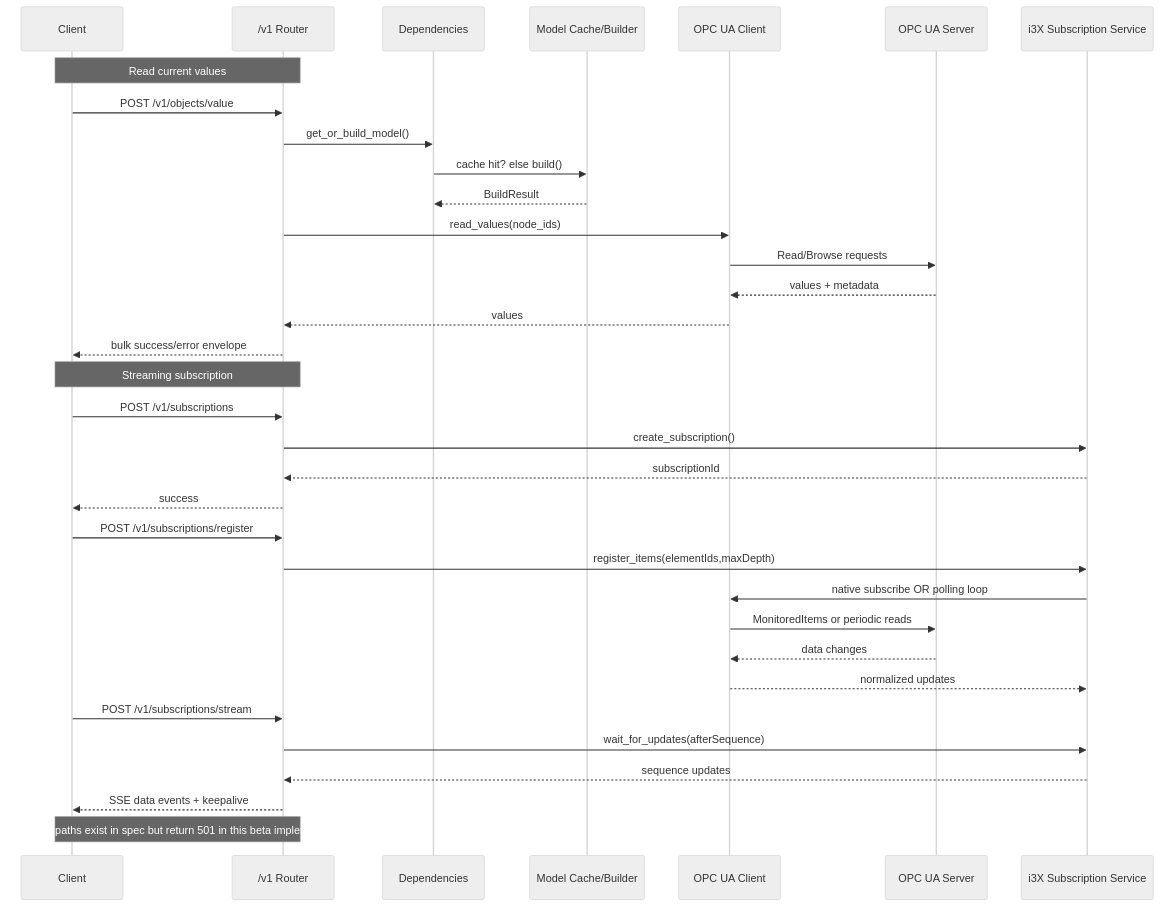
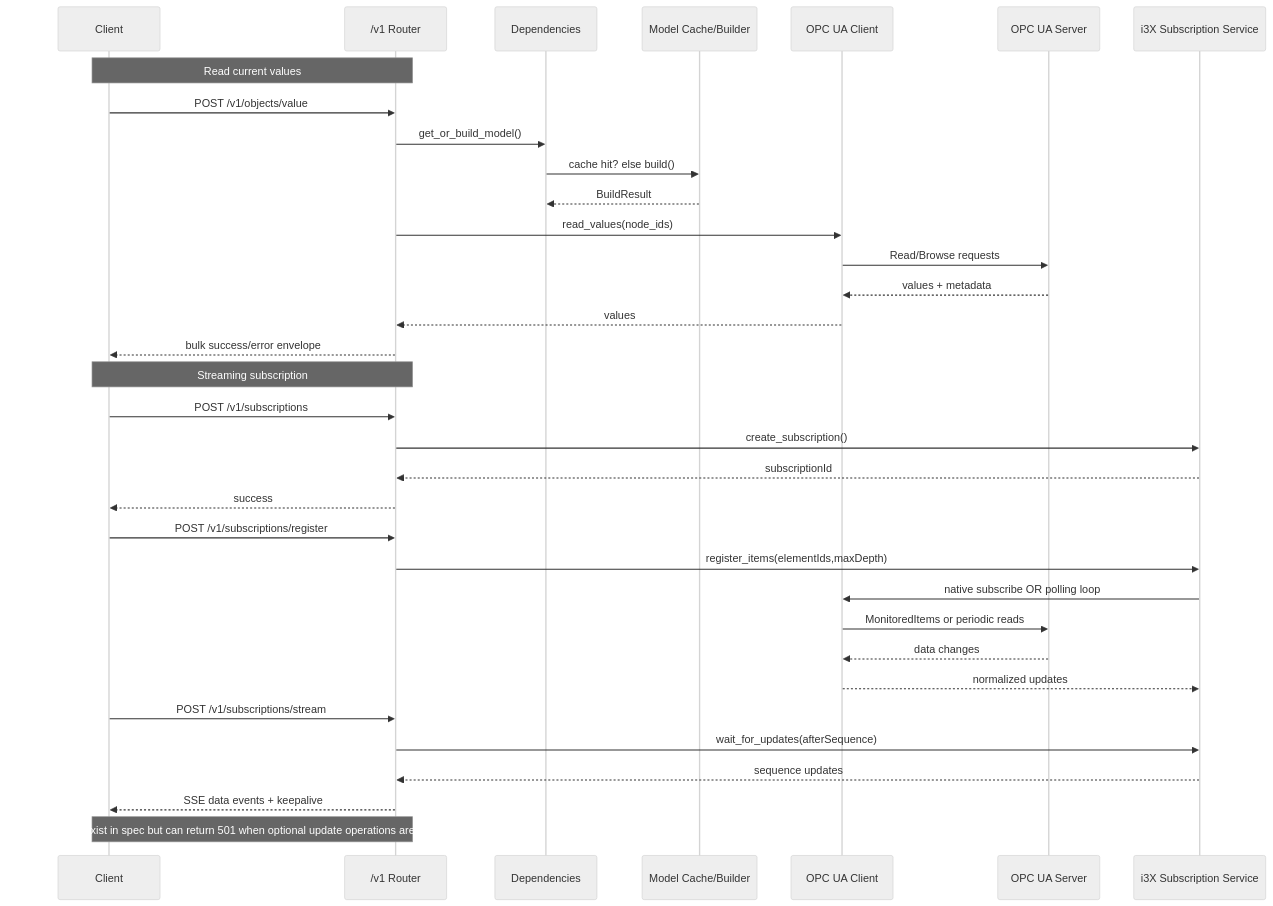
The second of 2 diagrams in README.md (AndreasHeine/i3x2ua), drawn with Mermaid (neutral theme) before and after one commit. The commit also changed other lines of this file and 20 other files, not shown here.

````diff
--- a/README.md
+++ b/README.md
@@ -77,40 +77,40 @@
 ```mermaid
 sequenceDiagram
 	participant C as Client
 	participant R as /v1 Router
 	participant D as Dependencies
 	participant M as Model Cache/Builder
 	participant O as OPC UA Client
 	participant U as OPC UA Server
 	participant S as i3X Subscription Service
 
 	Note over C,R: Read current values
 	C->>R: POST /v1/objects/value
 	R->>D: get_or_build_model()
 	D->>M: cache hit? else build()
 	M-->>D: BuildResult
 	R->>O: read_values(node_ids)
 	O->>U: Read/Browse requests
 	U-->>O: values + metadata
 	O-->>R: values
 	R-->>C: bulk success/error envelope
 
 	Note over C,R: Streaming subscription
 	C->>R: POST /v1/subscriptions
 	R->>S: create_subscription()
 	S-->>R: subscriptionId
 	R-->>C: success
 
 	C->>R: POST /v1/subscriptions/register
 	R->>S: register_items(elementIds,maxDepth)
 	S->>O: native subscribe OR polling loop
 	O->>U: MonitoredItems or periodic reads
 	U-->>O: data changes
 	O-->>S: normalized updates
 	C->>R: POST /v1/subscriptions/stream
 	R->>S: wait_for_updates(afterSequence)
 	S-->>R: sequence updates
 	R-->>C: SSE data events + keepalive
 
-	Note over C,R: Write API paths exist in spec but return 501 in this beta implementation
+	Note over C,R: Write API paths exist in spec but can return 501 when optional update operations are not implemented
 ```
````
